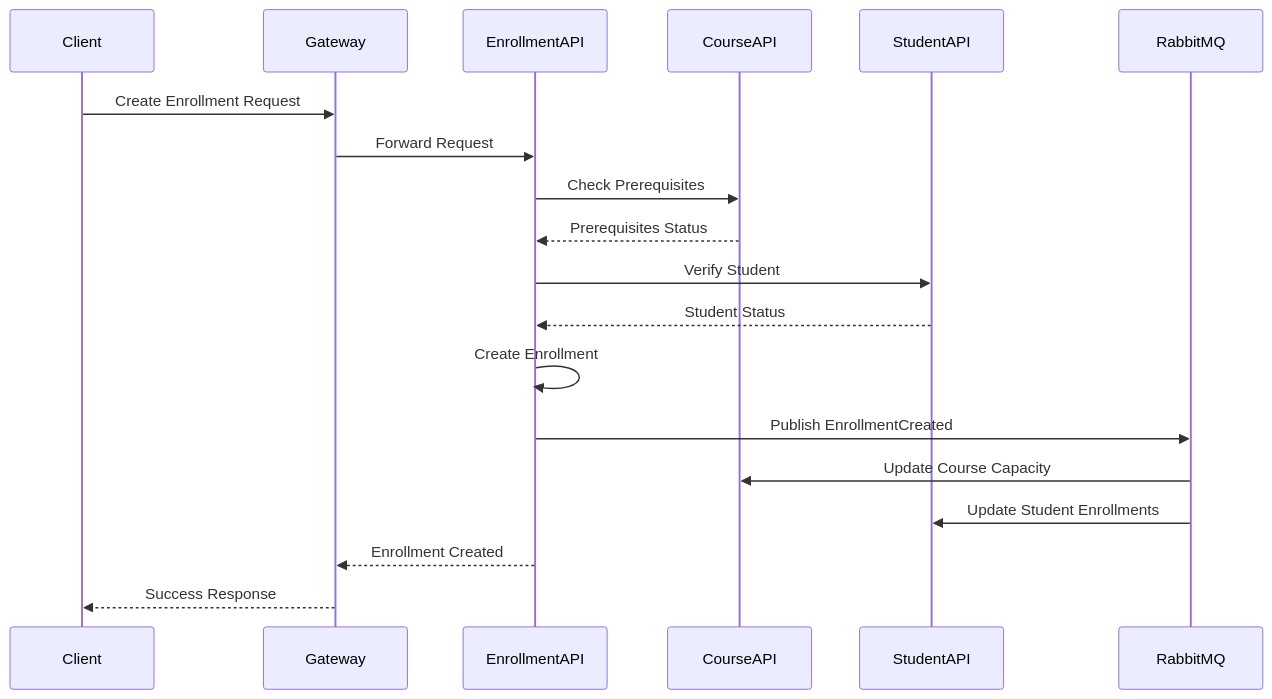
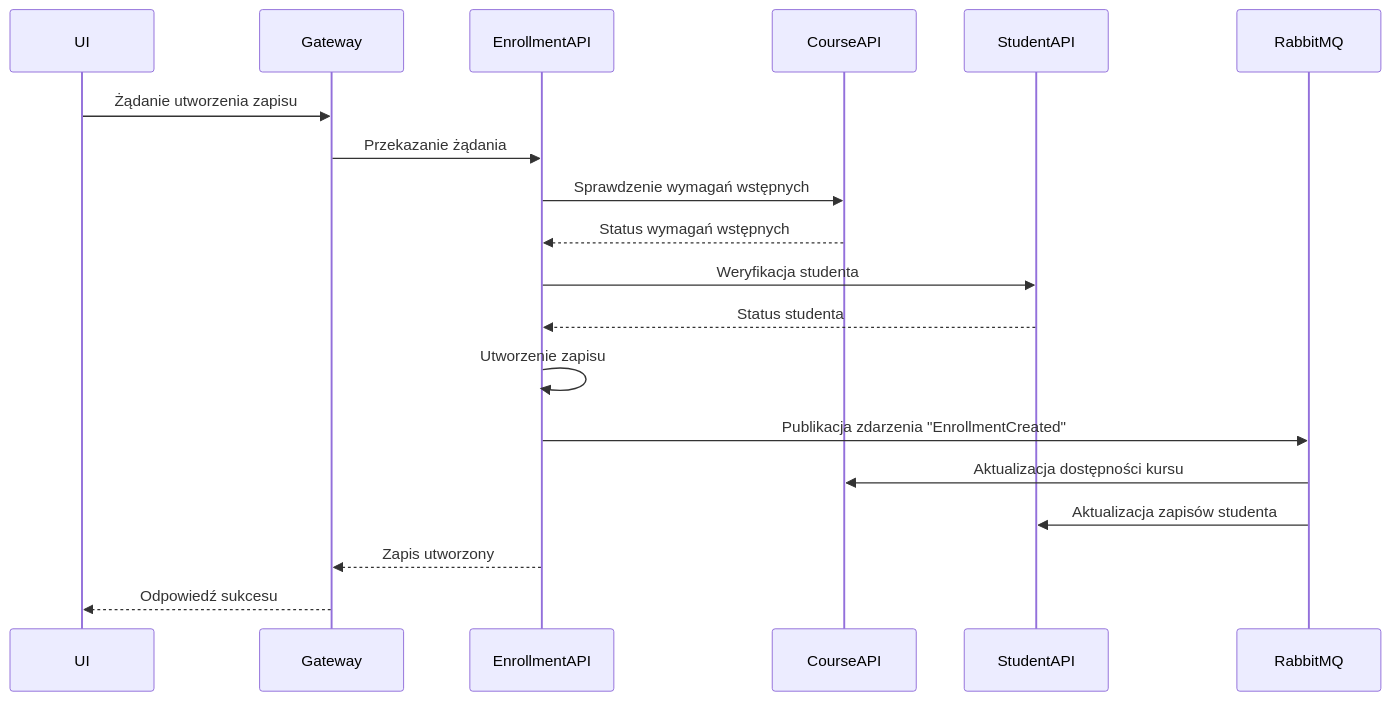
The second of 4 diagrams in microservices-arch.md (inc00gnito/master-thesis), drawn with Mermaid before and after one commit.

````diff
--- a/microservices-arch.md
+++ b/microservices-arch.md
@@ -41,22 +41,22 @@
 ```mermaid
 sequenceDiagram
-    participant Client
+    participant UI
     participant Gateway
     participant EnrollmentAPI
     participant CourseAPI
     participant StudentAPI
     participant RabbitMQ
 
-    Client->>Gateway: Create Enrollment Request
-    Gateway->>EnrollmentAPI: Forward Request
-    EnrollmentAPI->>CourseAPI: Check Prerequisites
-    CourseAPI-->>EnrollmentAPI: Prerequisites Status
-    EnrollmentAPI->>StudentAPI: Verify Student
-    StudentAPI-->>EnrollmentAPI: Student Status
-    EnrollmentAPI->>EnrollmentAPI: Create Enrollment
-    EnrollmentAPI->>RabbitMQ: Publish EnrollmentCreated
-    RabbitMQ->>CourseAPI: Update Course Capacity
-    RabbitMQ->>StudentAPI: Update Student Enrollments
-    EnrollmentAPI-->>Gateway: Enrollment Created
-    Gateway-->>Client: Success Response
+    UI->>Gateway: Żądanie utworzenia zapisu
+    Gateway->>EnrollmentAPI: Przekazanie żądania
+    EnrollmentAPI->>CourseAPI: Sprawdzenie wymagań wstępnych
+    CourseAPI-->>EnrollmentAPI: Status wymagań wstępnych
+    EnrollmentAPI->>StudentAPI: Weryfikacja studenta
+    StudentAPI-->>EnrollmentAPI: Status studenta
+    EnrollmentAPI->>EnrollmentAPI: Utworzenie zapisu
+    EnrollmentAPI->>RabbitMQ: Publikacja zdarzenia "EnrollmentCreated"
+    RabbitMQ->>CourseAPI: Aktualizacja dostępności kursu
+    RabbitMQ->>StudentAPI: Aktualizacja zapisów studenta
+    EnrollmentAPI-->>Gateway: Zapis utworzony
+    Gateway-->>UI: Odpowiedź sukcesu
 ```
````
